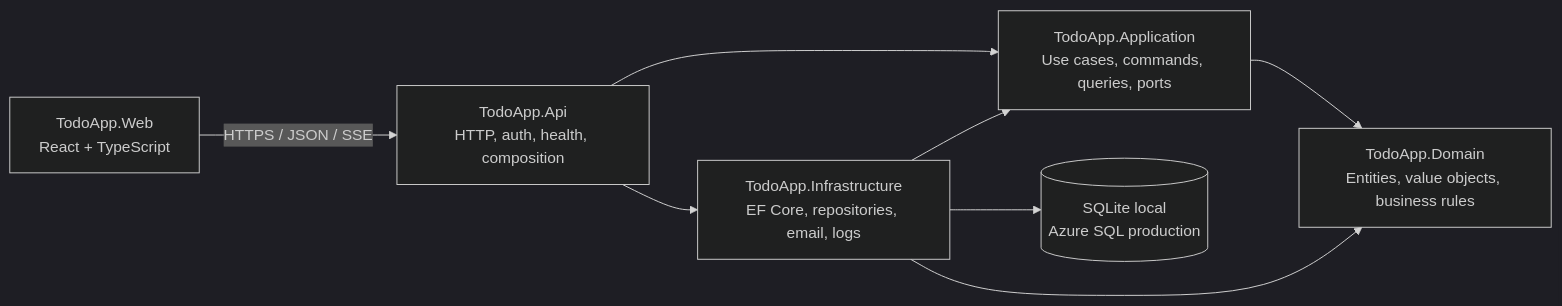
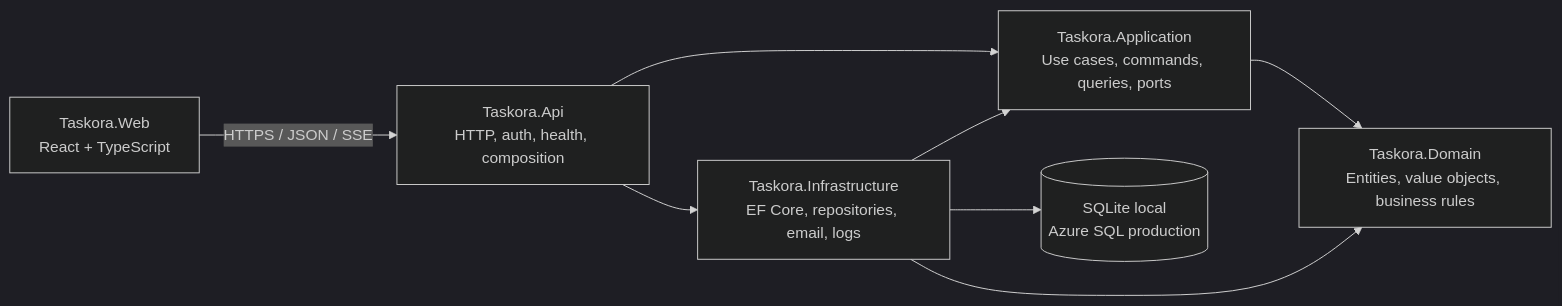
One commit to bhoyee/TodoApp changed the diagram in README.md. Above: the diagram before and after it, drawn with Mermaid (dark theme). The commit also changed other lines of this file and 249 other files, not shown here.

Commit message:
chore: rename folders and web title to Taskora

````diff
--- a/README.md
+++ b/README.md
@@ -48,17 +45,17 @@
 ```mermaid
 flowchart LR
-    Web["TodoApp.Web<br/>React + TypeScript"]
-    Api["TodoApp.Api<br/>HTTP, auth, health, composition"]
-    Application["TodoApp.Application<br/>Use cases, commands, queries, ports"]
-    Domain["TodoApp.Domain<br/>Entities, value objects, business rules"]
-    Infrastructure["TodoApp.Infrastructure<br/>EF Core, repositories, email, logs"]
+    Web["Taskora.Web<br/>React + TypeScript"]
+    Api["Taskora.Api<br/>HTTP, auth, health, composition"]
+    Application["Taskora.Application<br/>Use cases, commands, queries, ports"]
+    Domain["Taskora.Domain<br/>Entities, value objects, business rules"]
+    Infrastructure["Taskora.Infrastructure<br/>EF Core, repositories, email, logs"]
     Database[("SQLite local<br/>Azure SQL production")]
 
     Web -->|HTTPS / JSON / SSE| Api
     Api --> Application
     Api --> Infrastructure
     Application --> Domain
     Infrastructure --> Application
     Infrastructure --> Domain
     Infrastructure --> Database
 ```
````
